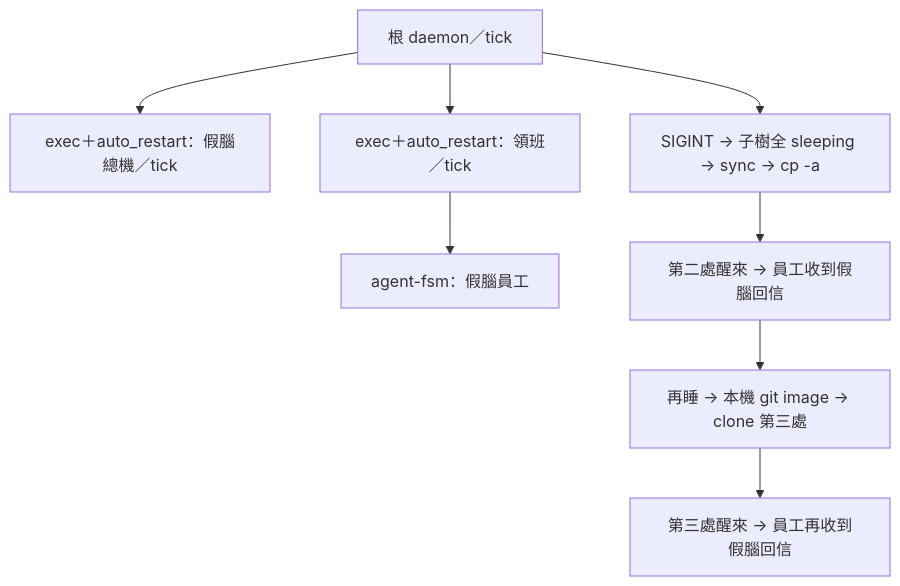
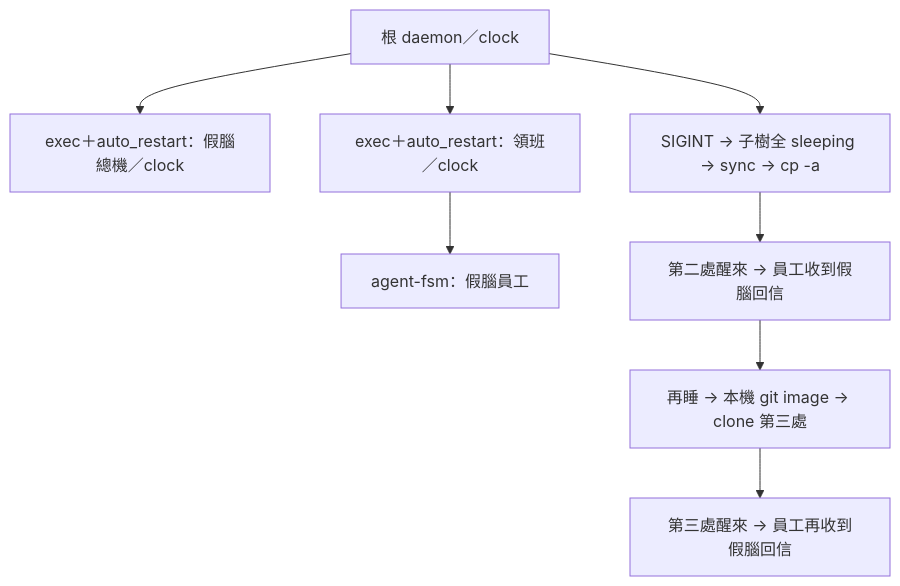
Before and after one commit to justty32/aos: the diagram in proto8/extras/image-move-check/README.md, drawn with Mermaid. The commit also changed other lines of this file and 181 other files, not shown here.

First line of the commit message:
clock-and-hot-writes 第二段：tick→clock 大改（單位 cycle）

````diff
--- a/proto8/extras/image-move-check/README.md
+++ b/proto8/extras/image-move-check/README.md
@@ -5,10 +5,10 @@
 ```mermaid
 flowchart TD
-    R[根 daemon／tick] --> K[exec＋auto_restart：假腦總機／tick]
-    R --> F[exec＋auto_restart：領班／tick]
+    R[根 daemon／clock] --> K[exec＋auto_restart：假腦總機／clock]
+    R --> F[exec＋auto_restart：領班／clock]
     F --> A[agent-fsm：假腦員工]
     R --> S[SIGINT → 子樹全 sleeping → sync → cp -a]
     S --> W[第二處醒來 → 員工收到假腦回信]
     W --> G[再睡 → 本機 git image → clone 第三處]
     G --> C[第三處醒來 → 員工再收到假腦回信]
 ```
````
